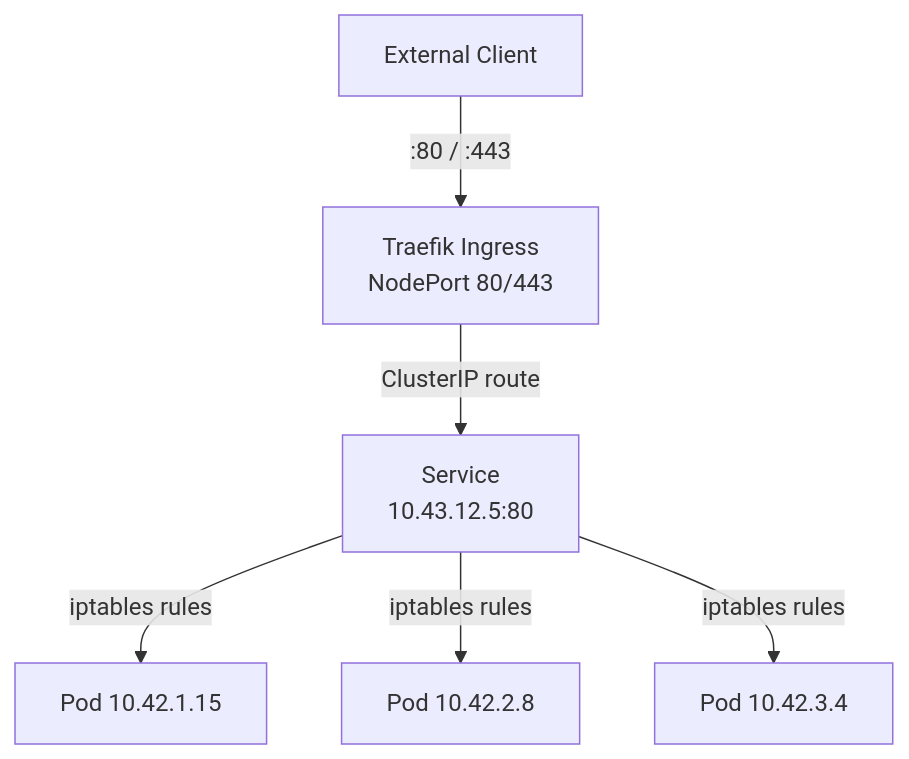
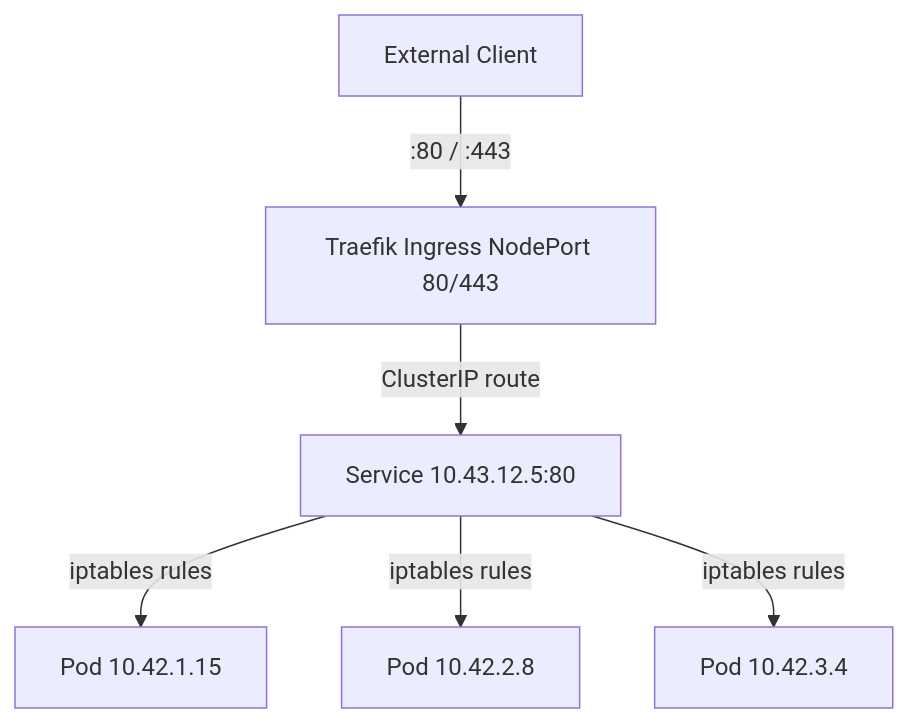
The third of 7 diagrams in 16_podman_to_k3s/01_mental_model_shift.md (UncleJS/course_k3s), drawn with Mermaid before and after one commit. The commit also changed other lines of this file and 57 other files, not shown here.

````diff
--- a/16_podman_to_k3s/01_mental_model_shift.md
+++ b/16_podman_to_k3s/01_mental_model_shift.md
@@ -216,8 +216,8 @@
 ```mermaid
 graph TD
-    EXT[External Client] -->|:80 / :443| TR[Traefik Ingress\nNodePort 80/443]
-    TR -->|ClusterIP route| SVC[Service\n10.43.12.5:80]
+    EXT[External Client] -->|:80 / :443| TR[Traefik Ingress NodePort 80/443]
+    TR -->|ClusterIP route| SVC[Service 10.43.12.5:80]
     SVC -->|iptables rules| P1[Pod 10.42.1.15]
     SVC -->|iptables rules| P2[Pod 10.42.2.8]
     SVC -->|iptables rules| P3[Pod 10.42.3.4]
 ```
````
